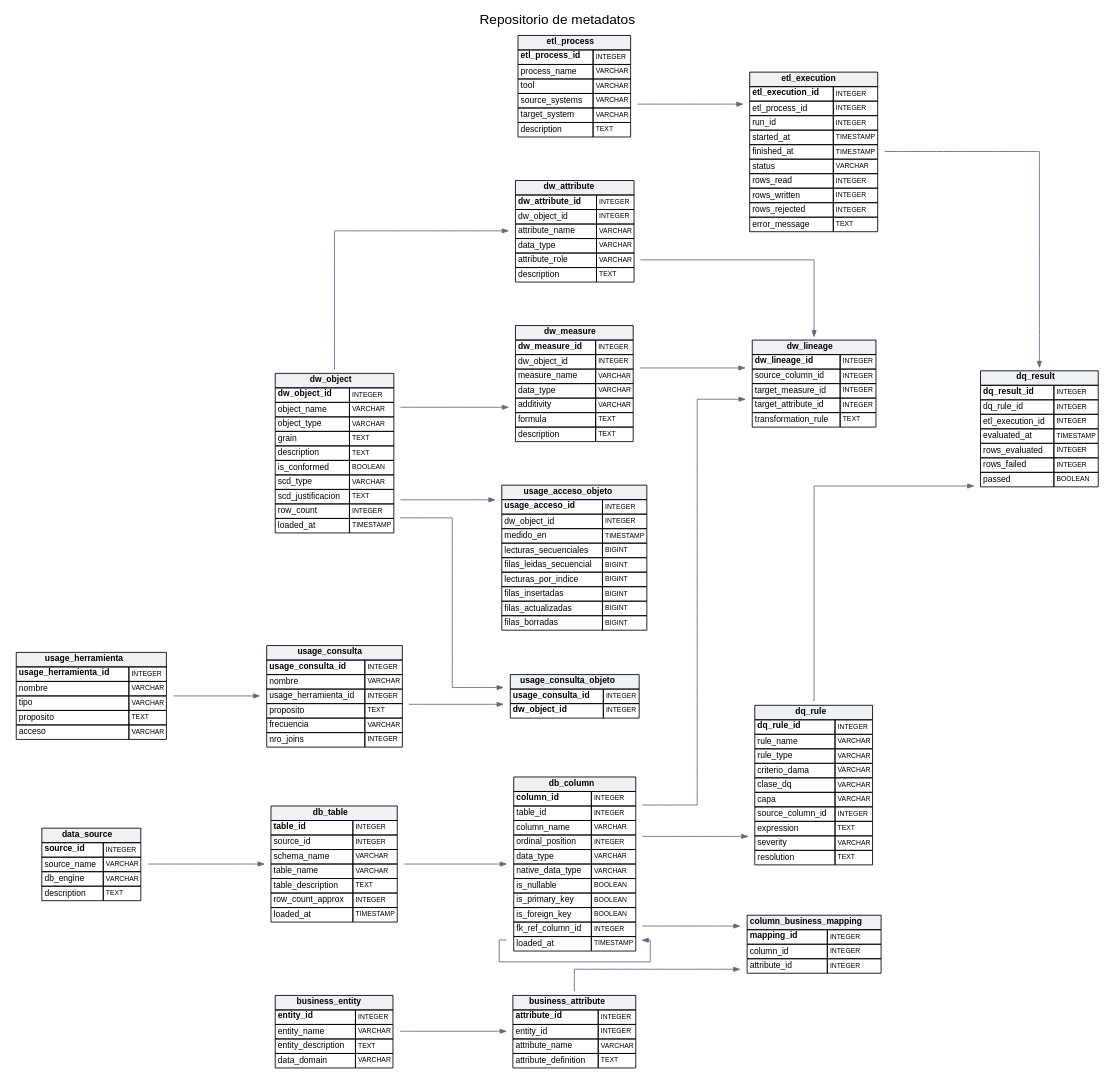
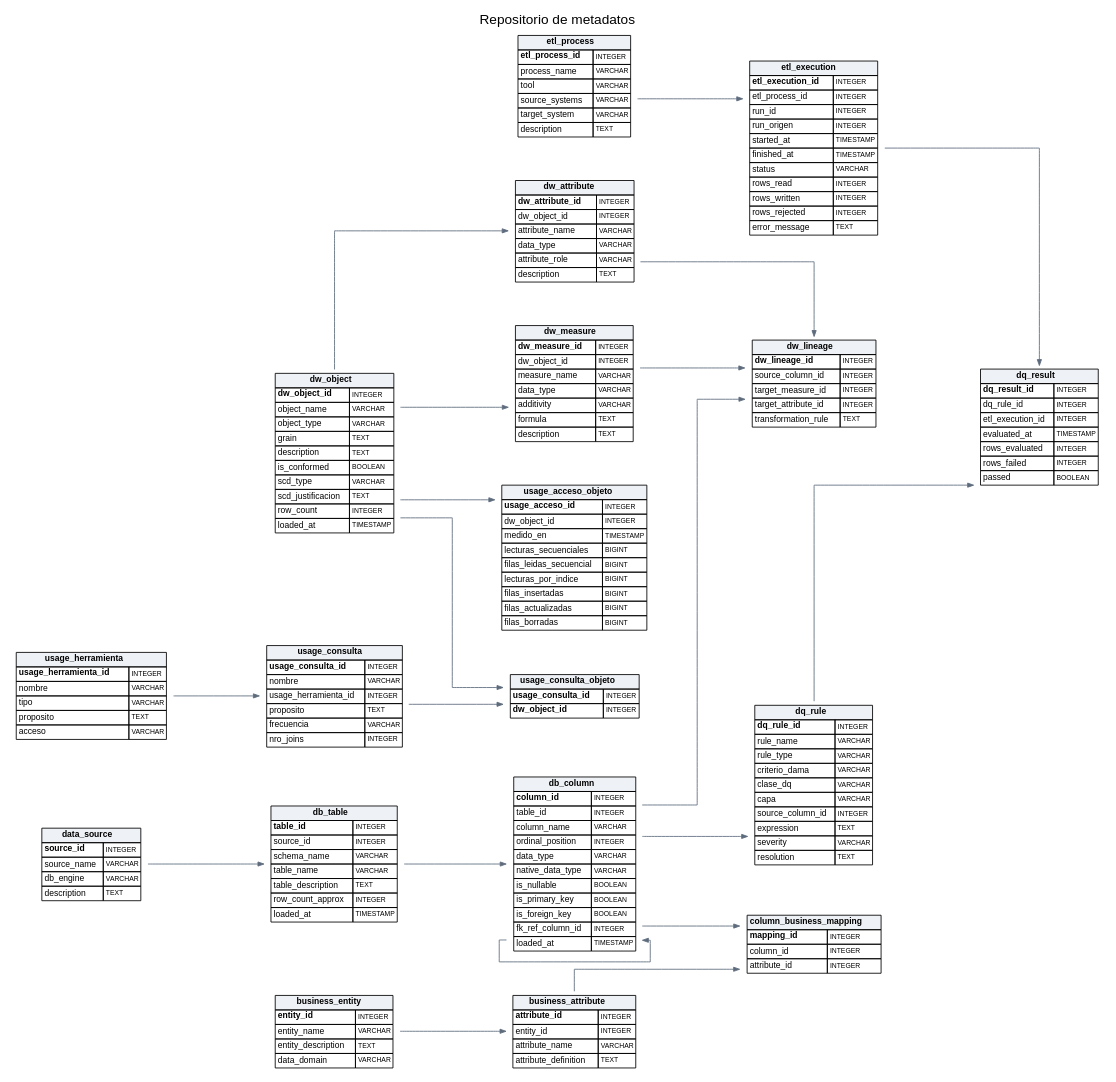
The diagram in docs/img/metadata_repository_erd.dot (salo368/proyecto-modelos-datos), drawn with Graphviz before and after one commit. The commit also changed 8 other files, not shown here.

First line of the commit message:
Regenerar backups, reporte de calidad y diagramas

```diff
--- a/docs/img/metadata_repository_erd.dot
+++ b/docs/img/metadata_repository_erd.dot
@@ -14,7 +14,7 @@
     dw_lineage [label=<<TABLE BORDER="0" CELLBORDER="1" CELLSPACING="0"><TR><TD COLSPAN="2" BGCOLOR="#eef1f5"><B>dw_lineage</B></TD></TR><TR><TD ALIGN="LEFT"><B>dw_lineage_id</B></TD><TD ALIGN="LEFT"><FONT POINT-SIZE="8">INTEGER</FONT></TD></TR><TR><TD ALIGN="LEFT">source_column_id</TD><TD ALIGN="LEFT"><FONT POINT-SIZE="8">INTEGER</FONT></TD></TR><TR><TD ALIGN="LEFT">target_measure_id</TD><TD ALIGN="LEFT"><FONT POINT-SIZE="8">INTEGER</FONT></TD></TR><TR><TD ALIGN="LEFT">target_attribute_id</TD><TD ALIGN="LEFT"><FONT POINT-SIZE="8">INTEGER</FONT></TD></TR><TR><TD ALIGN="LEFT">transformation_rule</TD><TD ALIGN="LEFT"><FONT POINT-SIZE="8">TEXT</FONT></TD></TR></TABLE>>];
     dw_measure [label=<<TABLE BORDER="0" CELLBORDER="1" CELLSPACING="0"><TR><TD COLSPAN="2" BGCOLOR="#eef1f5"><B>dw_measure</B></TD></TR><TR><TD ALIGN="LEFT"><B>dw_measure_id</B></TD><TD ALIGN="LEFT"><FONT POINT-SIZE="8">INTEGER</FONT></TD></TR><TR><TD ALIGN="LEFT">dw_object_id</TD><TD ALIGN="LEFT"><FONT POINT-SIZE="8">INTEGER</FONT></TD></TR><TR><TD ALIGN="LEFT">measure_name</TD><TD ALIGN="LEFT"><FONT POINT-SIZE="8">VARCHAR</FONT></TD></TR><TR><TD ALIGN="LEFT">data_type</TD><TD ALIGN="LEFT"><FONT POINT-SIZE="8">VARCHAR</FONT></TD></TR><TR><TD ALIGN="LEFT">additivity</TD><TD ALIGN="LEFT"><FONT POINT-SIZE="8">VARCHAR</FONT></TD></TR><TR><TD ALIGN="LEFT">formula</TD><TD ALIGN="LEFT"><FONT POINT-SIZE="8">TEXT</FONT></TD></TR><TR><TD ALIGN="LEFT">description</TD><TD ALIGN="LEFT"><FONT POINT-SIZE="8">TEXT</FONT></TD></TR></TABLE>>];
     dw_object [label=<<TABLE BORDER="0" CELLBORDER="1" CELLSPACING="0"><TR><TD COLSPAN="2" BGCOLOR="#eef1f5"><B>dw_object</B></TD></TR><TR><TD ALIGN="LEFT"><B>dw_object_id</B></TD><TD ALIGN="LEFT"><FONT POINT-SIZE="8">INTEGER</FONT></TD></TR><TR><TD ALIGN="LEFT">object_name</TD><TD ALIGN="LEFT"><FONT POINT-SIZE="8">VARCHAR</FONT></TD></TR><TR><TD ALIGN="LEFT">object_type</TD><TD ALIGN="LEFT"><FONT POINT-SIZE="8">VARCHAR</FONT></TD></TR><TR><TD ALIGN="LEFT">grain</TD><TD ALIGN="LEFT"><FONT POINT-SIZE="8">TEXT</FONT></TD></TR><TR><TD ALIGN="LEFT">description</TD><TD ALIGN="LEFT"><FONT POINT-SIZE="8">TEXT</FONT></TD></TR><TR><TD ALIGN="LEFT">is_conformed</TD><TD ALIGN="LEFT"><FONT POINT-SIZE="8">BOOLEAN</FONT></TD></TR><TR><TD ALIGN="LEFT">scd_type</TD><TD ALIGN="LEFT"><FONT POINT-SIZE="8">VARCHAR</FONT></TD></TR><TR><TD ALIGN="LEFT">scd_justificacion</TD><TD ALIGN="LEFT"><FONT POINT-SIZE="8">TEXT</FONT></TD></TR><TR><TD ALIGN="LEFT">row_count</TD><TD ALIGN="LEFT"><FONT POINT-SIZE="8">INTEGER</FONT></TD></TR><TR><TD ALIGN="LEFT">loaded_at</TD><TD ALIGN="LEFT"><FONT POINT-SIZE="8">TIMESTAMP</FONT></TD></TR></TABLE>>];
-    etl_execution [label=<<TABLE BORDER="0" CELLBORDER="1" CELLSPACING="0"><TR><TD COLSPAN="2" BGCOLOR="#eef1f5"><B>etl_execution</B></TD></TR><TR><TD ALIGN="LEFT"><B>etl_execution_id</B></TD><TD ALIGN="LEFT"><FONT POINT-SIZE="8">INTEGER</FONT></TD></TR><TR><TD ALIGN="LEFT">etl_process_id</TD><TD ALIGN="LEFT"><FONT POINT-SIZE="8">INTEGER</FONT></TD></TR><TR><TD ALIGN="LEFT">run_id</TD><TD ALIGN="LEFT"><FONT POINT-SIZE="8">INTEGER</FONT></TD></TR><TR><TD ALIGN="LEFT">started_at</TD><TD ALIGN="LEFT"><FONT POINT-SIZE="8">TIMESTAMP</FONT></TD></TR><TR><TD ALIGN="LEFT">finished_at</TD><TD ALIGN="LEFT"><FONT POINT-SIZE="8">TIMESTAMP</FONT></TD></TR><TR><TD ALIGN="LEFT">status</TD><TD ALIGN="LEFT"><FONT POINT-SIZE="8">VARCHAR</FONT></TD></TR><TR><TD ALIGN="LEFT">rows_read</TD><TD ALIGN="LEFT"><FONT POINT-SIZE="8">INTEGER</FONT></TD></TR><TR><TD ALIGN="LEFT">rows_written</TD><TD ALIGN="LEFT"><FONT POINT-SIZE="8">INTEGER</FONT></TD></TR><TR><TD ALIGN="LEFT">rows_rejected</TD><TD ALIGN="LEFT"><FONT POINT-SIZE="8">INTEGER</FONT></TD></TR><TR><TD ALIGN="LEFT">error_message</TD><TD ALIGN="LEFT"><FONT POINT-SIZE="8">TEXT</FONT></TD></TR></TABLE>>];
+    etl_execution [label=<<TABLE BORDER="0" CELLBORDER="1" CELLSPACING="0"><TR><TD COLSPAN="2" BGCOLOR="#eef1f5"><B>etl_execution</B></TD></TR><TR><TD ALIGN="LEFT"><B>etl_execution_id</B></TD><TD ALIGN="LEFT"><FONT POINT-SIZE="8">INTEGER</FONT></TD></TR><TR><TD ALIGN="LEFT">etl_process_id</TD><TD ALIGN="LEFT"><FONT POINT-SIZE="8">INTEGER</FONT></TD></TR><TR><TD ALIGN="LEFT">run_id</TD><TD ALIGN="LEFT"><FONT POINT-SIZE="8">INTEGER</FONT></TD></TR><TR><TD ALIGN="LEFT">run_origen</TD><TD ALIGN="LEFT"><FONT POINT-SIZE="8">INTEGER</FONT></TD></TR><TR><TD ALIGN="LEFT">started_at</TD><TD ALIGN="LEFT"><FONT POINT-SIZE="8">TIMESTAMP</FONT></TD></TR><TR><TD ALIGN="LEFT">finished_at</TD><TD ALIGN="LEFT"><FONT POINT-SIZE="8">TIMESTAMP</FONT></TD></TR><TR><TD ALIGN="LEFT">status</TD><TD ALIGN="LEFT"><FONT POINT-SIZE="8">VARCHAR</FONT></TD></TR><TR><TD ALIGN="LEFT">rows_read</TD><TD ALIGN="LEFT"><FONT POINT-SIZE="8">INTEGER</FONT></TD></TR><TR><TD ALIGN="LEFT">rows_written</TD><TD ALIGN="LEFT"><FONT POINT-SIZE="8">INTEGER</FONT></TD></TR><TR><TD ALIGN="LEFT">rows_rejected</TD><TD ALIGN="LEFT"><FONT POINT-SIZE="8">INTEGER</FONT></TD></TR><TR><TD ALIGN="LEFT">error_message</TD><TD ALIGN="LEFT"><FONT POINT-SIZE="8">TEXT</FONT></TD></TR></TABLE>>];
     etl_process [label=<<TABLE BORDER="0" CELLBORDER="1" CELLSPACING="0"><TR><TD COLSPAN="2" BGCOLOR="#eef1f5"><B>etl_process</B></TD></TR><TR><TD ALIGN="LEFT"><B>etl_process_id</B></TD><TD ALIGN="LEFT"><FONT POINT-SIZE="8">INTEGER</FONT></TD></TR><TR><TD ALIGN="LEFT">process_name</TD><TD ALIGN="LEFT"><FONT POINT-SIZE="8">VARCHAR</FONT></TD></TR><TR><TD ALIGN="LEFT">tool</TD><TD ALIGN="LEFT"><FONT POINT-SIZE="8">VARCHAR</FONT></TD></TR><TR><TD ALIGN="LEFT">source_systems</TD><TD ALIGN="LEFT"><FONT POINT-SIZE="8">VARCHAR</FONT></TD></TR><TR><TD ALIGN="LEFT">target_system</TD><TD ALIGN="LEFT"><FONT POINT-SIZE="8">VARCHAR</FONT></TD></TR><TR><TD ALIGN="LEFT">description</TD><TD ALIGN="LEFT"><FONT POINT-SIZE="8">TEXT</FONT></TD></TR></TABLE>>];
     usage_acceso_objeto [label=<<TABLE BORDER="0" CELLBORDER="1" CELLSPACING="0"><TR><TD COLSPAN="2" BGCOLOR="#eef1f5"><B>usage_acceso_objeto</B></TD></TR><TR><TD ALIGN="LEFT"><B>usage_acceso_id</B></TD><TD ALIGN="LEFT"><FONT POINT-SIZE="8">INTEGER</FONT></TD></TR><TR><TD ALIGN="LEFT">dw_object_id</TD><TD ALIGN="LEFT"><FONT POINT-SIZE="8">INTEGER</FONT></TD></TR><TR><TD ALIGN="LEFT">medido_en</TD><TD ALIGN="LEFT"><FONT POINT-SIZE="8">TIMESTAMP</FONT></TD></TR><TR><TD ALIGN="LEFT">lecturas_secuenciales</TD><TD ALIGN="LEFT"><FONT POINT-SIZE="8">BIGINT</FONT></TD></TR><TR><TD ALIGN="LEFT">filas_leidas_secuencial</TD><TD ALIGN="LEFT"><FONT POINT-SIZE="8">BIGINT</FONT></TD></TR><TR><TD ALIGN="LEFT">lecturas_por_indice</TD><TD ALIGN="LEFT"><FONT POINT-SIZE="8">BIGINT</FONT></TD></TR><TR><TD ALIGN="LEFT">filas_insertadas</TD><TD ALIGN="LEFT"><FONT POINT-SIZE="8">BIGINT</FONT></TD></TR><TR><TD ALIGN="LEFT">filas_actualizadas</TD><TD ALIGN="LEFT"><FONT POINT-SIZE="8">BIGINT</FONT></TD></TR><TR><TD ALIGN="LEFT">filas_borradas</TD><TD ALIGN="LEFT"><FONT POINT-SIZE="8">BIGINT</FONT></TD></TR></TABLE>>];
     usage_consulta [label=<<TABLE BORDER="0" CELLBORDER="1" CELLSPACING="0"><TR><TD COLSPAN="2" BGCOLOR="#eef1f5"><B>usage_consulta</B></TD></TR><TR><TD ALIGN="LEFT"><B>usage_consulta_id</B></TD><TD ALIGN="LEFT"><FONT POINT-SIZE="8">INTEGER</FONT></TD></TR><TR><TD ALIGN="LEFT">nombre</TD><TD ALIGN="LEFT"><FONT POINT-SIZE="8">VARCHAR</FONT></TD></TR><TR><TD ALIGN="LEFT">usage_herramienta_id</TD><TD ALIGN="LEFT"><FONT POINT-SIZE="8">INTEGER</FONT></TD></TR><TR><TD ALIGN="LEFT">proposito</TD><TD ALIGN="LEFT"><FONT POINT-SIZE="8">TEXT</FONT></TD></TR><TR><TD ALIGN="LEFT">frecuencia</TD><TD ALIGN="LEFT"><FONT POINT-SIZE="8">VARCHAR</FONT></TD></TR><TR><TD ALIGN="LEFT">nro_joins</TD><TD ALIGN="LEFT"><FONT POINT-SIZE="8">INTEGER</FONT></TD></TR></TABLE>>];
```
